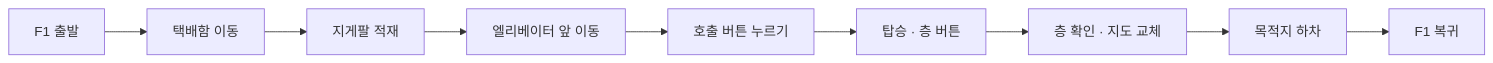
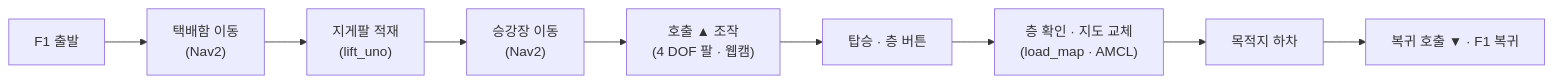
Before and after one commit to PackagU/PackagU: the diagram in README.md, drawn with Mermaid. The commit also changed other lines of this file and 8 other files, not shown here.

````diff
--- a/README.md
+++ b/README.md
@@ -35,11 +43,11 @@
 ```mermaid
 flowchart LR
-  S0["F1 출발"] --> S1["택배함 이동"]
-  S1 --> S2["지게팔 적재"]
-  S2 --> S3["엘리베이터 앞 이동"]
-  S3 --> S4["호출 버튼 누르기"]
+  S0["F1 출발"] --> S1["택배함 이동<br/>(Nav2)"]
+  S1 --> S2["지게팔 적재<br/>(lift_uno)"]
+  S2 --> S3["승강장 이동<br/>(Nav2)"]
+  S3 --> S4["호출 ▲ 조작<br/>(4 DOF 팔 · 웹캠)"]
   S4 --> S5["탑승 · 층 버튼"]
-  S5 --> S6["층 확인 · 지도 교체"]
+  S5 --> S6["층 확인 · 지도 교체<br/>(load_map · AMCL)"]
   S6 --> S7["목적지 하차"]
-  S7 --> S8["F1 복귀"]
+  S7 --> S8["복귀 호출 ▼ · F1 복귀"]
 ```
````
